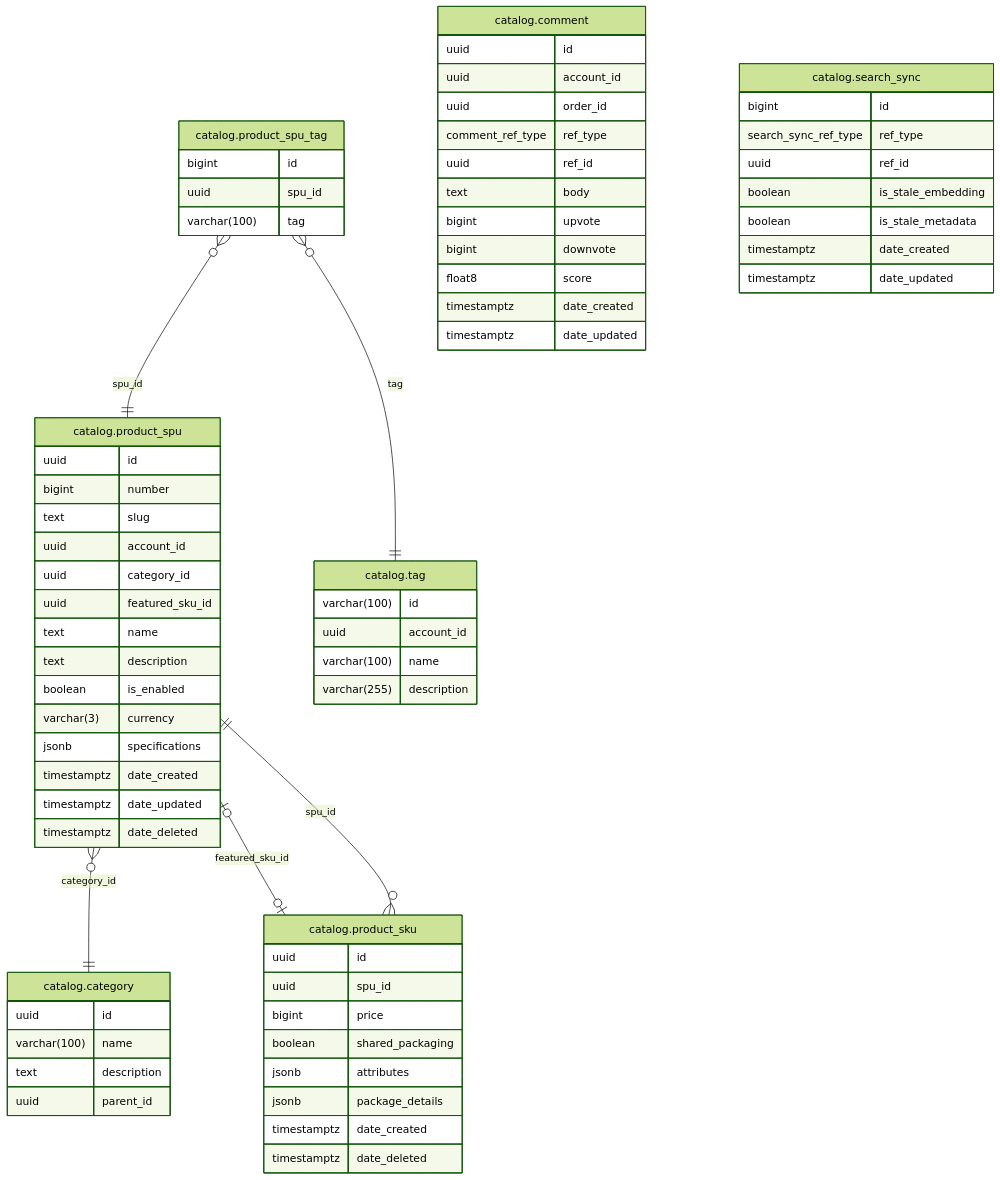
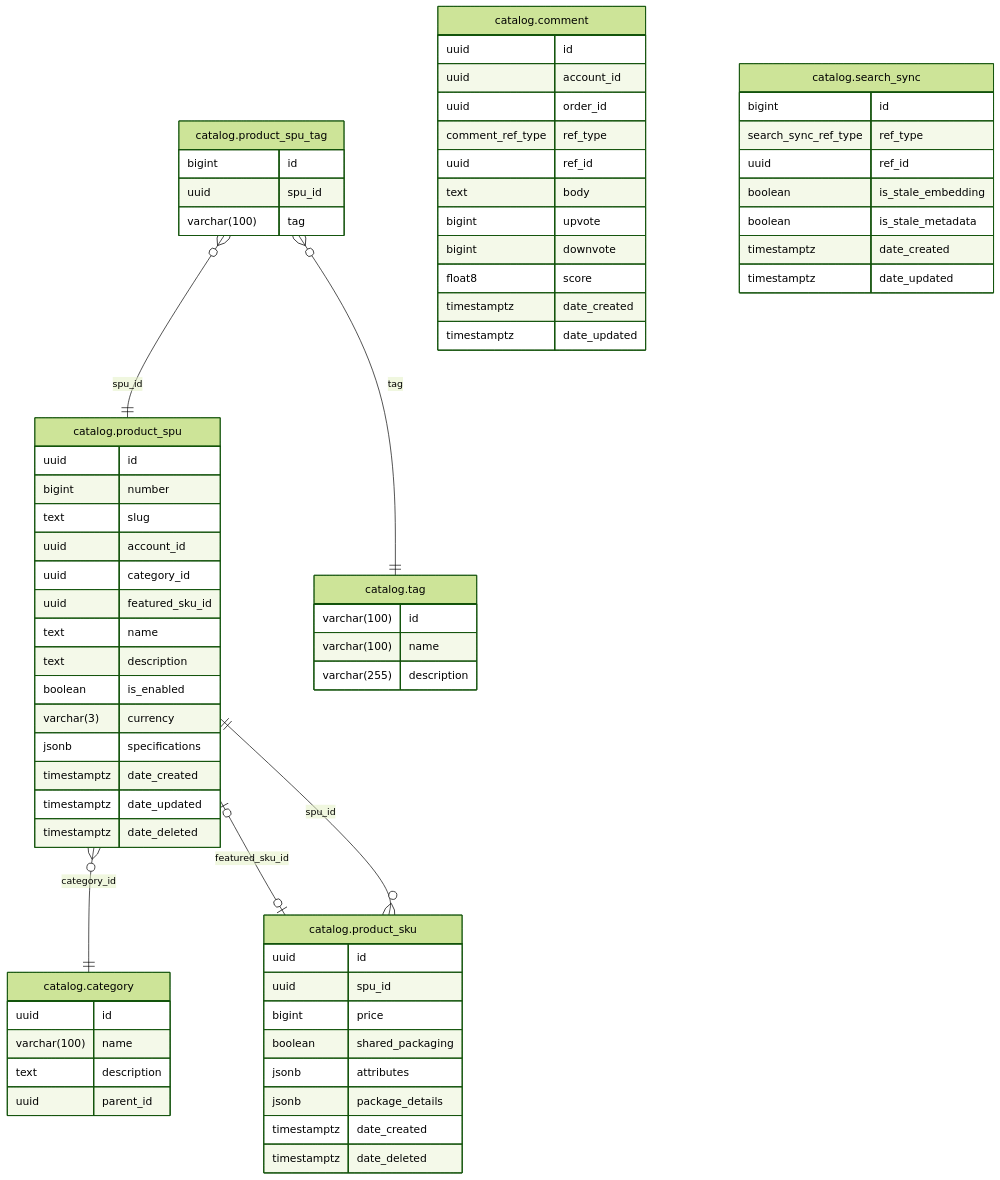
The diagram in internal/module/catalog/README.md (shopnexus/server), drawn with Mermaid (forest theme) before and after one commit. The commit also changed 189 other files, not shown here.

````diff
--- a/internal/module/catalog/README.md
+++ b/internal/module/catalog/README.md
@@ -8,74 +8,73 @@
 ```mermaid
 erDiagram
 "catalog.product_spu" }o--|| "catalog.category" : "category_id"
 "catalog.product_spu" |o--|o "catalog.product_sku" : "featured_sku_id"
 "catalog.product_sku" }o--|| "catalog.product_spu" : "spu_id"
 "catalog.product_spu_tag" }o--|| "catalog.product_spu" : "spu_id"
 "catalog.product_spu_tag" }o--|| "catalog.tag" : "tag"
 
 "catalog.category" {
   uuid id
   varchar(100) name
   text description
   uuid parent_id
 }
 "catalog.comment" {
   uuid id
   uuid account_id
   uuid order_id
   comment_ref_type ref_type
   uuid ref_id
   text body
   bigint upvote
   bigint downvote
   float8 score
   timestamptz date_created
   timestamptz date_updated
 }
 "catalog.product_sku" {
   uuid id
   uuid spu_id
   bigint price
   boolean shared_packaging
   jsonb attributes
   jsonb package_details
   timestamptz date_created
   timestamptz date_deleted
 }
 "catalog.product_spu" {
   uuid id
   bigint number
   text slug
   uuid account_id
   uuid category_id
   uuid featured_sku_id
   text name
   text description
   boolean is_enabled
   varchar(3) currency
   jsonb specifications
   timestamptz date_created
   timestamptz date_updated
   timestamptz date_deleted
 }
 "catalog.product_spu_tag" {
   bigint id
   uuid spu_id
   varchar(100) tag
 }
 "catalog.search_sync" {
   bigint id
   search_sync_ref_type ref_type
   uuid ref_id
   boolean is_stale_embedding
   boolean is_stale_metadata
   timestamptz date_created
   timestamptz date_updated
 }
 "catalog.tag" {
   varchar(100) id
-  uuid account_id
   varchar(100) name
   varchar(255) description
 }
 ```
````
